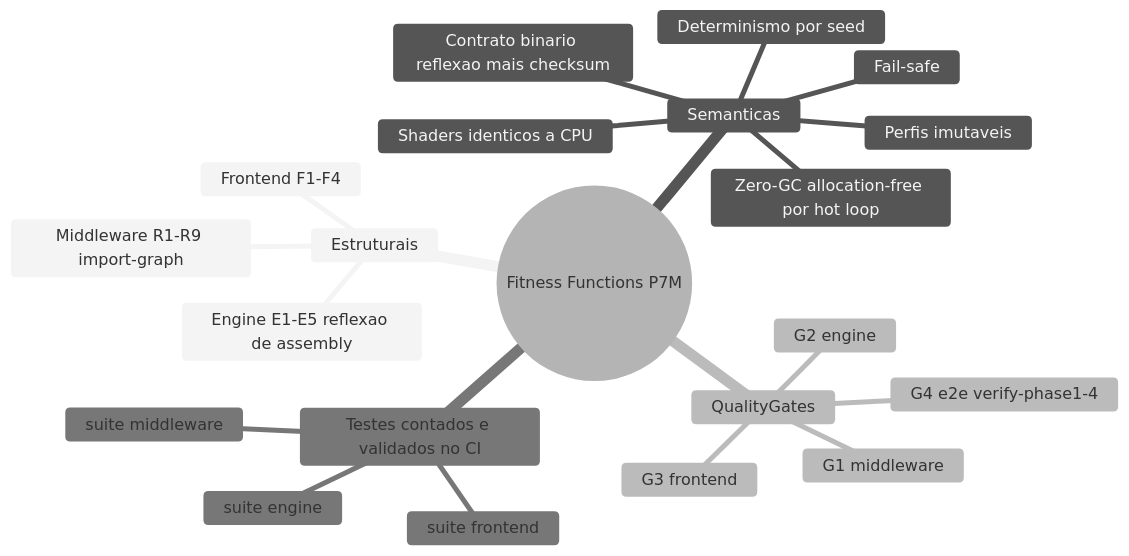
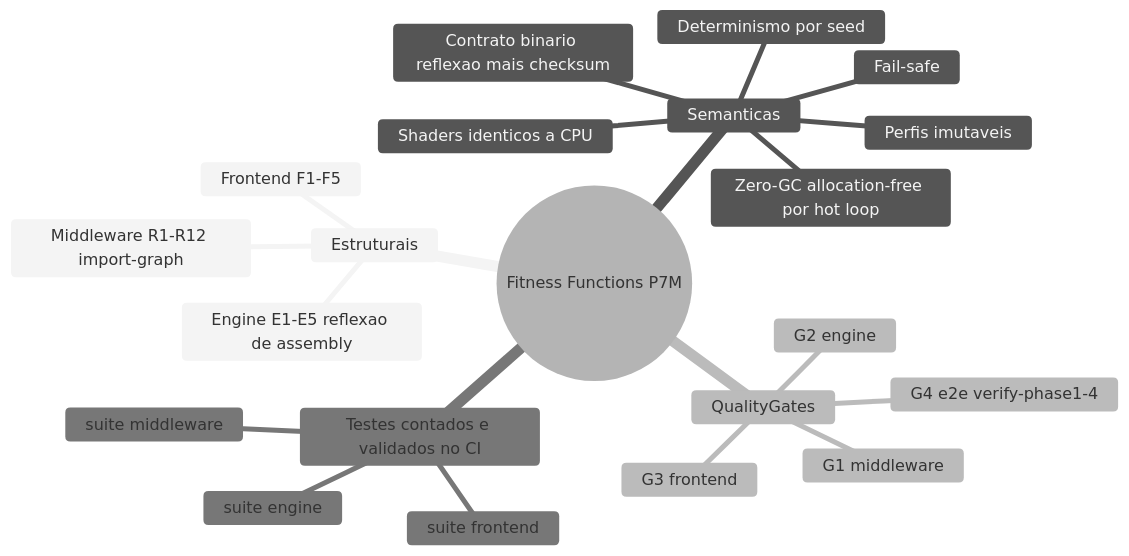
Before and after one commit to flaviotinococoutinho/Gridsmith: the third of 3 diagrams in docs/REQUIREMENTS.md, drawn with Mermaid (neutral theme). The commit also changed other lines of this file and 49 other files, not shown here.

````diff
--- a/docs/REQUIREMENTS.md
+++ b/docs/REQUIREMENTS.md
@@ -95,24 +95,24 @@
 ```mermaid
 mindmap
   root(("Fitness Functions P7M"))
     Estruturais
-      Middleware R1-R9 import-graph
-      Frontend F1-F4
+      Middleware R1-R12 import-graph
+      Frontend F1-F5
       Engine E1-E5 reflexao de assembly
     Semanticas
       Zero-GC allocation-free por hot loop
       Determinismo por seed
       Contrato binario reflexao mais checksum
       Shaders identicos a CPU
       Perfis imutaveis
       Fail-safe
     QualityGates
       G1 middleware
       G2 engine
       G3 frontend
       G4 e2e verify-phase1-4
     Testes contados e validados no CI
       suite engine
       suite middleware
       suite frontend
 ```
````
